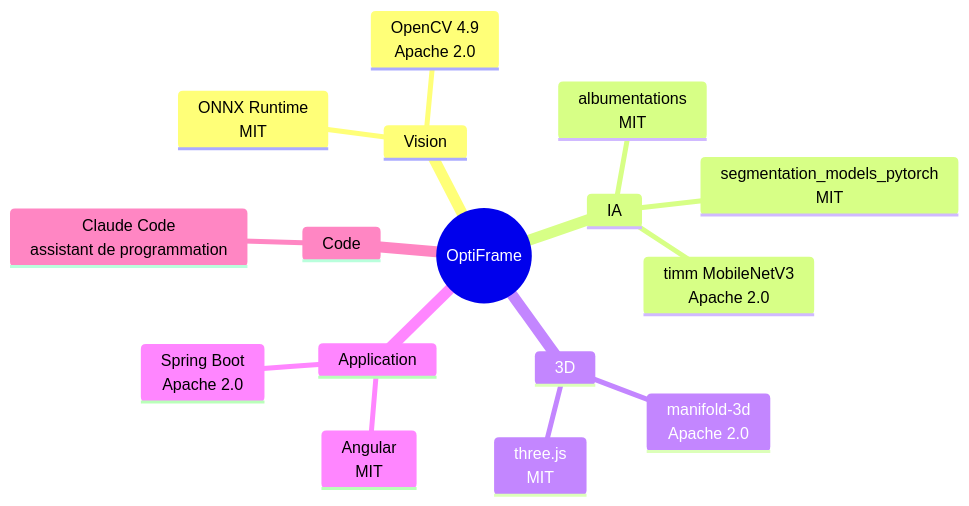
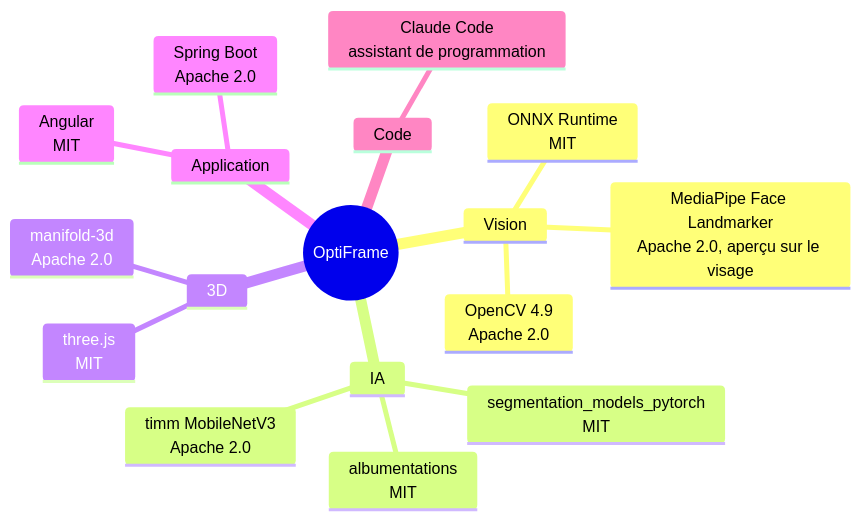
The second of 2 diagrams in docs/donnees-ia.md (CodeMLYummy/optiframe), drawn with Mermaid before and after one commit. The commit also changed 11 other files, not shown here.

````diff
--- a/docs/donnees-ia.md
+++ b/docs/donnees-ia.md
@@ -33,19 +33,20 @@
 ```mermaid
 mindmap
   root((OptiFrame))
     Vision
       OpenCV 4.9<br/>Apache 2.0
       ONNX Runtime<br/>MIT
+      MediaPipe Face Landmarker<br/>Apache 2.0, aperçu sur le visage
     IA
       segmentation_models_pytorch<br/>MIT
       timm MobileNetV3<br/>Apache 2.0
       albumentations<br/>MIT
     3D
       manifold-3d<br/>Apache 2.0
       three.js<br/>MIT
     Application
       Angular<br/>MIT
       Spring Boot<br/>Apache 2.0
     Code
       Claude Code<br/>assistant de programmation
 ```
````
